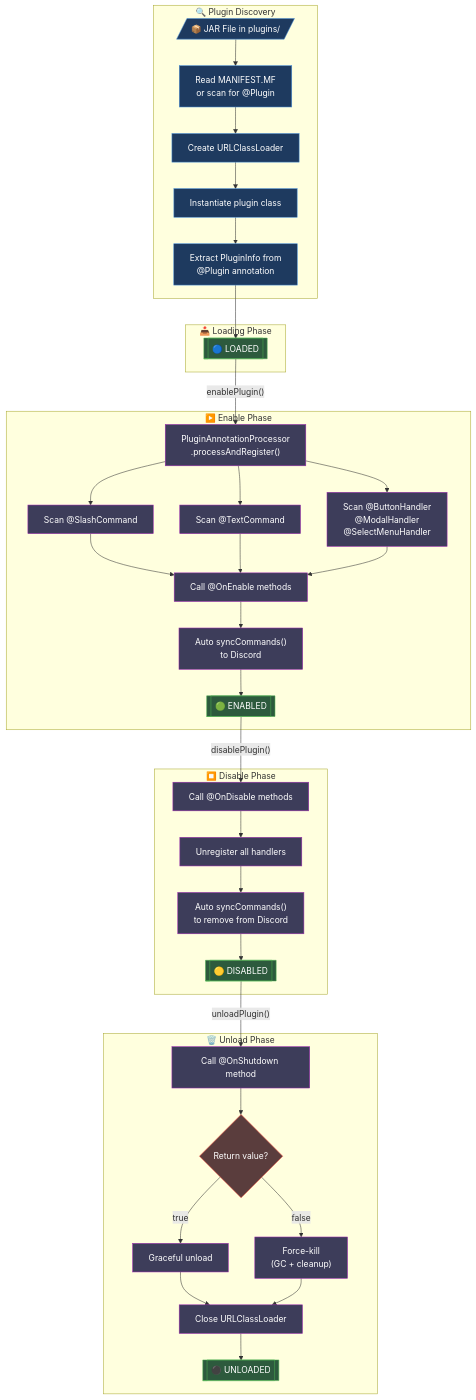
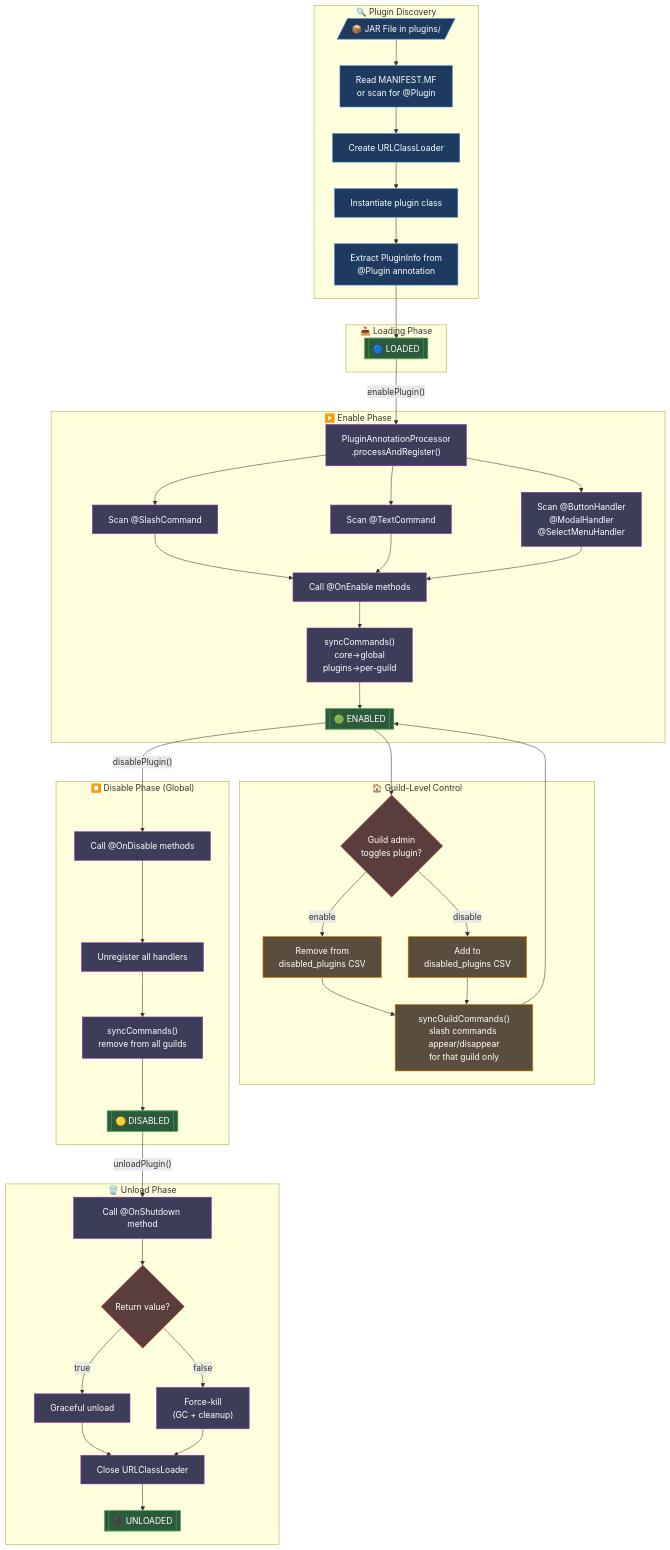
The diagram in docs/flowchart/architecture/PluginsLifecycle.mermaid (Zazalng/Pudel-Spring-Boot), drawn with Mermaid before and after one commit. The commit also changed 213 other files, not shown here.

First line of the commit message:
Implements v2.1.1-rc1  - Plugin isolation: Each guild can disable plugin from admin enabled pool  - Dynamic Branding: Allow fork / self-hosted to describe branding name without touch coding  - Rewrite architecture docs  - OpenAPI Swagger UI

```diff
--- a/docs/flowchart/architecture/PluginsLifecycle.mermaid
+++ b/docs/flowchart/architecture/PluginsLifecycle.mermaid
@@ -1,85 +1,102 @@
-%% Pudel Plugin Lifecycle v2.0.0
-%% Annotation-Based Plugin System
+%% Pudel Plugin Lifecycle vWorld Standard.group
+%% Annotation-Based Plugin System with Two-Tier Control
 
 flowchart TD
     subgraph Discovery["🔍 Plugin Discovery"]
         JAR[/"📦 JAR File in plugins/"/]
         MANIFEST["Read MANIFEST.MF<br/>or scan for @Plugin"]
         CLASSLOADER["Create URLClassLoader"]
         INSTANTIATE["Instantiate plugin class"]
         EXTRACT["Extract PluginInfo from<br/>@Plugin annotation"]
     end
 
     subgraph Loading["📥 Loading Phase"]
         LOADED[["🔵 LOADED"]]
     end
 
     subgraph Enabling["▶️ Enable Phase"]
         PROCESSOR["PluginAnnotationProcessor<br/>.processAndRegister()"]
         SCAN_SLASH["Scan @SlashCommand"]
         SCAN_TEXT["Scan @TextCommand"]
         SCAN_INTERACT["Scan @ButtonHandler<br/>@ModalHandler<br/>@SelectMenuHandler"]
         ON_ENABLE["Call @OnEnable methods"]
-        SYNC["Auto syncCommands()<br/>to Discord"]
+        SYNC["syncCommands()<br/>core→global<br/>plugins→per-guild"]
         ENABLED[["🟢 ENABLED"]]
     end
 
-    subgraph Disabling["⏹️ Disable Phase"]
+    subgraph GuildControl["🏠 Guild-Level Control"]
+        GUILD_TOGGLE{"Guild admin<br/>toggles plugin?"}
+        GUILD_ENABLE["Remove from<br/>disabled_plugins CSV"]
+        GUILD_DISABLE["Add to<br/>disabled_plugins CSV"]
+        GUILD_SYNC["syncGuildCommands()<br/>slash commands appear/disappear<br/>for that guild only"]
+    end
+
+    subgraph Disabling["⏹️ Disable Phase (Global)"]
         ON_DISABLE["Call @OnDisable methods"]
         UNREGISTER["Unregister all handlers"]
-        SYNC_REMOVE["Auto syncCommands()<br/>to remove from Discord"]
+        SYNC_REMOVE["syncCommands()<br/>remove from all guilds"]
         DISABLED[["🟡 DISABLED"]]
     end
 
     subgraph Unloading["🗑️ Unload Phase"]
         SHUTDOWN["Call @OnShutdown method"]
         CHECK_RETURN{"Return value?"}
         GRACEFUL["Graceful unload"]
         FORCE["Force-kill<br/>(GC + cleanup)"]
         CLOSE["Close URLClassLoader"]
         UNLOADED[["⚫ UNLOADED"]]
     end
 
     %% Discovery flow
     JAR --> MANIFEST
     MANIFEST --> CLASSLOADER
     CLASSLOADER --> INSTANTIATE
     INSTANTIATE --> EXTRACT
     EXTRACT --> LOADED
 
     %% Enable flow
     LOADED -->|"enablePlugin()"| PROCESSOR
     PROCESSOR --> SCAN_SLASH
     PROCESSOR --> SCAN_TEXT
     PROCESSOR --> SCAN_INTERACT
     SCAN_SLASH --> ON_ENABLE
     SCAN_TEXT --> ON_ENABLE
     SCAN_INTERACT --> ON_ENABLE
     ON_ENABLE --> SYNC
     SYNC --> ENABLED
 
-    %% Disable flow
+    %% Guild control (while globally enabled)
+    ENABLED --> GUILD_TOGGLE
+    GUILD_TOGGLE -->|"enable"| GUILD_ENABLE
+    GUILD_TOGGLE -->|"disable"| GUILD_DISABLE
+    GUILD_ENABLE --> GUILD_SYNC
+    GUILD_DISABLE --> GUILD_SYNC
+    GUILD_SYNC --> ENABLED
+
+    %% Disable flow (global)
     ENABLED -->|"disablePlugin()"| ON_DISABLE
     ON_DISABLE --> UNREGISTER
     UNREGISTER --> SYNC_REMOVE
     SYNC_REMOVE --> DISABLED
 
     %% Unload flow
     DISABLED -->|"unloadPlugin()"| SHUTDOWN
     SHUTDOWN --> CHECK_RETURN
     CHECK_RETURN -->|"true"| GRACEFUL
     CHECK_RETURN -->|"false"| FORCE
     GRACEFUL --> CLOSE
     FORCE --> CLOSE
     CLOSE --> UNLOADED
 
     %% Styling
     classDef phase fill:#1e3a5f,stroke:#4a90d9,color:#fff
     classDef state fill:#2d5a3d,stroke:#4CAF50,color:#fff
     classDef action fill:#3d3d5a,stroke:#9c27b0,color:#fff
     classDef decision fill:#5a3d3d,stroke:#f44336,color:#fff
+    classDef guild fill:#5a4d3d,stroke:#ff9800,color:#fff
 
     class JAR,MANIFEST,CLASSLOADER,INSTANTIATE,EXTRACT phase
     class LOADED,ENABLED,DISABLED,UNLOADED state
     class PROCESSOR,SCAN_SLASH,SCAN_TEXT,SCAN_INTERACT,ON_ENABLE,ON_DISABLE,SYNC,SYNC_REMOVE,UNREGISTER,SHUTDOWN,GRACEFUL,FORCE,CLOSE action
-    class CHECK_RETURN decision
+    class CHECK_RETURN,GUILD_TOGGLE decision
+    class GUILD_ENABLE,GUILD_DISABLE,GUILD_SYNC guild
```
